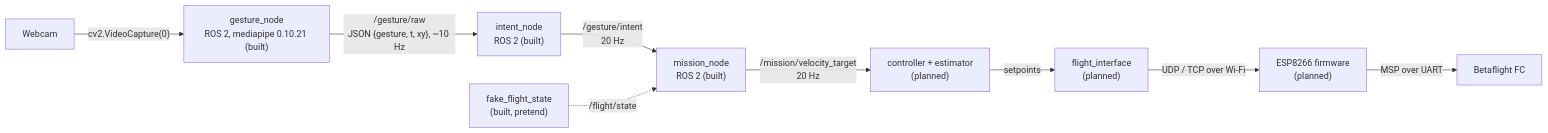
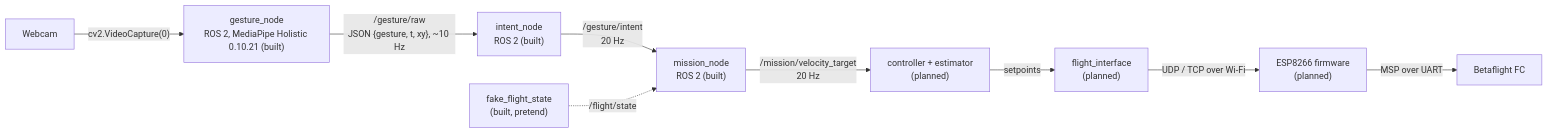
Before and after one commit to SEAME-pt/SEA-ME_Team1_ROSRangers: the diagram in docs/PraticalPlan/06 Gestures/00 Gesture Pipeline.md, drawn with Mermaid. The commit also changed other lines of this file and 11 other files, not shown here.

````diff
--- a/docs/PraticalPlan/06 Gestures/00 Gesture Pipeline.md
+++ b/docs/PraticalPlan/06 Gestures/00 Gesture Pipeline.md
@@ -30,11 +30,11 @@
 ```mermaid
 flowchart LR
-  W[Webcam] -->|"cv2.VideoCapture(0)"| R["gesture_node<br/>ROS 2, mediapipe 0.10.21 (built)"]
+  W[Webcam] -->|"cv2.VideoCapture(0)"| R["gesture_node<br/>ROS 2, MediaPipe Holistic 0.10.21 (built)"]
   R -->|"/gesture/raw<br/>JSON {gesture, t, xy}, ~10 Hz"| G["intent_node<br/>ROS 2 (built)"]
   G -->|"/gesture/intent<br/>20 Hz"| M["mission_node<br/>ROS 2 (built)"]
   FFS["fake_flight_state<br/>(built, pretend)"] -.->|"/flight/state"| M
   M -->|"/mission/velocity_target<br/>20 Hz"| C["controller + estimator<br/>(planned)"]
   C -->|setpoints| FI["flight_interface<br/>(planned)"]
   FI -->|"UDP / TCP over Wi-Fi"| E["ESP8266 firmware<br/>(planned)"]
   E -->|"MSP over UART"| FC[Betaflight FC]
 ```
````
